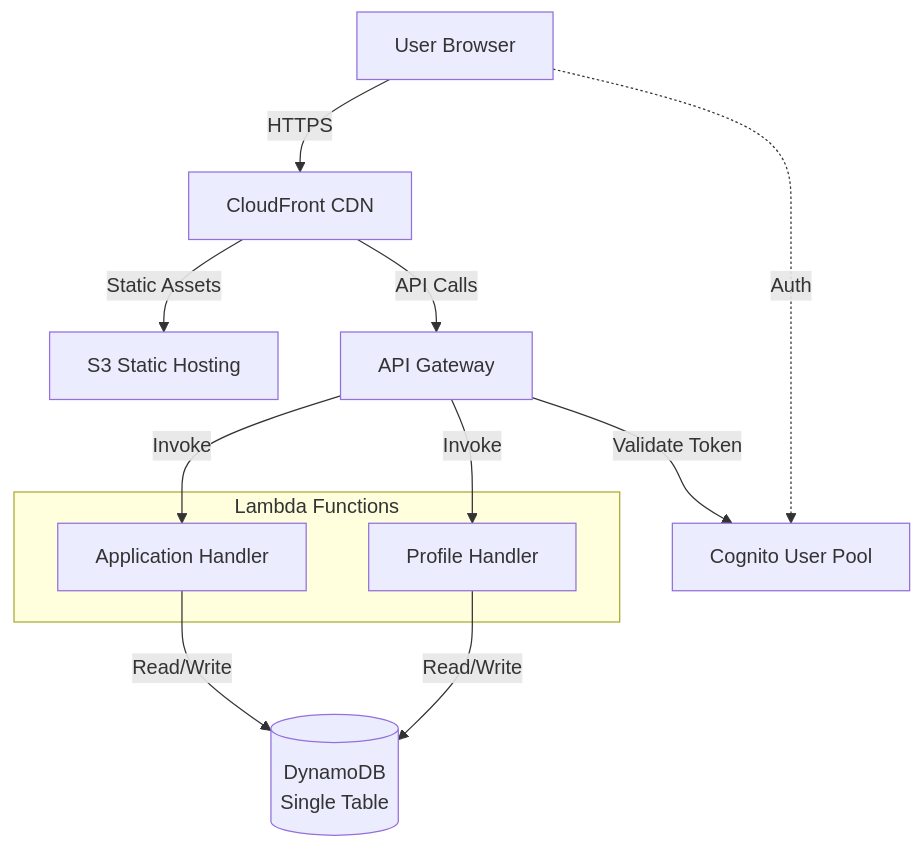
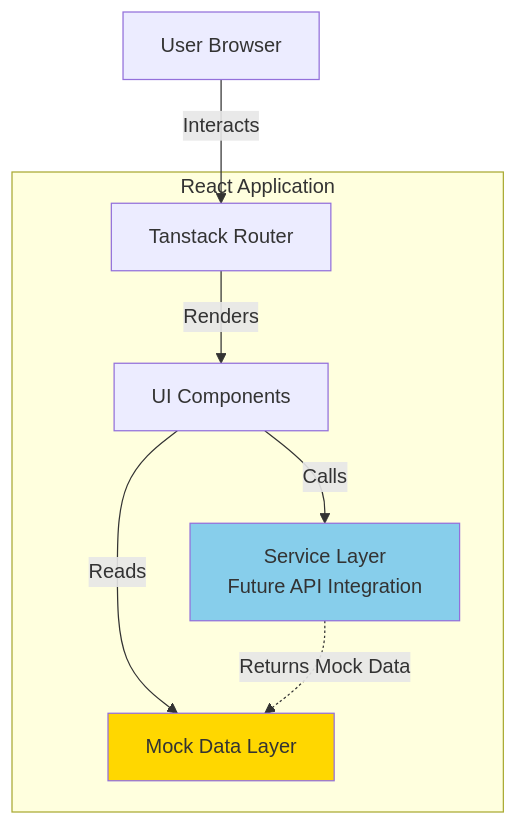
Before and after one commit to chrismgonzalez/madewithkiro: the diagram in .kiro/specs/madewithkiro-mvp/design.md, drawn with Mermaid. The commit also changed other lines of this file and 40 other files, not shown here.

````diff
--- a/.kiro/specs/madewithkiro-mvp/design.md
+++ b/.kiro/specs/madewithkiro-mvp/design.md
@@ -19,25 +19,20 @@
 ```mermaid
 graph TB
     User[User Browser]
-    CF[CloudFront CDN]
-    S3[S3 Static Hosting]
-    APIGW[API Gateway]
-    Cognito[Cognito User Pool]
 
-    subgraph "Lambda Functions"
-        ProfileLambda[Profile Handler]
-        AppLambda[Application Handler]
+    subgraph "React Application"
+        Router[Tanstack Router]
+        Components[UI Components]
+        MockData[Mock Data Layer]
+        Services[Service Layer<br/>Future API Integration]
     end
 
-    DDB[(DynamoDB<br/>Single Table)]
+    User -->|Interacts| Router
+    Router -->|Renders| Components
+    Components -->|Reads| MockData
+    Components -->|Calls| Services
+    Services -.->|Returns Mock Data| MockData
 
-    User -->|HTTPS| CF
-    CF -->|Static Assets| S3
-    CF -->|API Calls| APIGW
-    User -.->|Auth| Cognito
-    APIGW -->|Validate Token| Cognito
-    APIGW -->|Invoke| ProfileLambda
-    APIGW -->|Invoke| AppLambda
-    ProfileLambda -->|Read/Write| DDB
-    AppLambda -->|Read/Write| DDB
+    style MockData fill:#ffd700
+    style Services fill:#87ceeb
 ```
````
